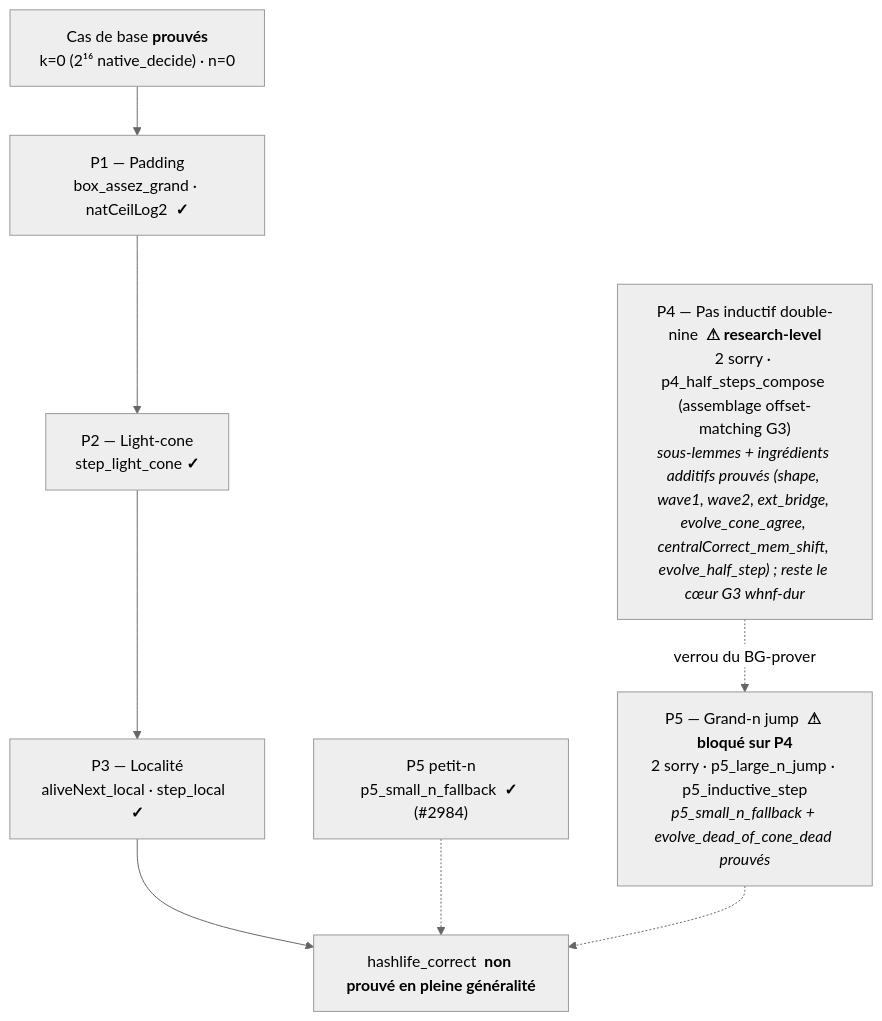
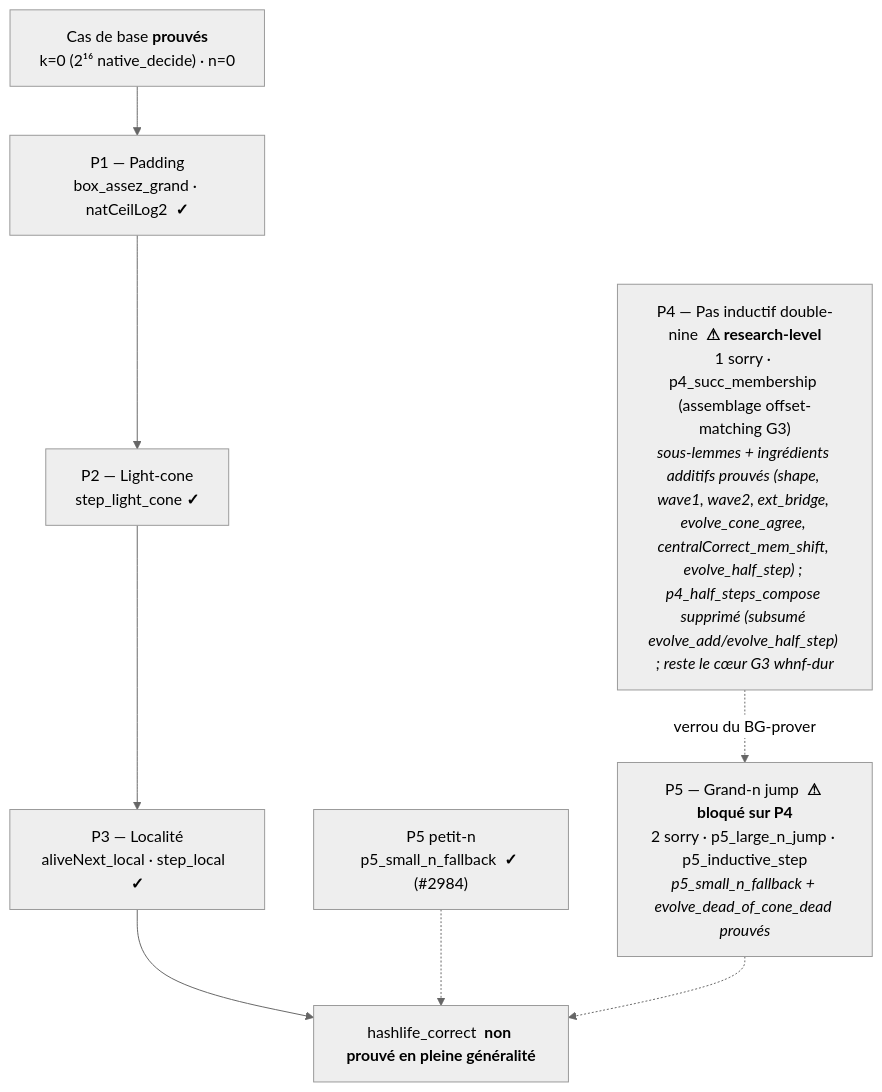
The second of 2 diagrams in MyIA.AI.Notebooks/SymbolicAI/Lean/conway_lean/README.md (jsboige/CoursIA), drawn with Mermaid (neutral theme) before and after one commit. The commit also changed other lines of this file and 3 other files, not shown here.

````diff
--- a/MyIA.AI.Notebooks/SymbolicAI/Lean/conway_lean/README.md
+++ b/MyIA.AI.Notebooks/SymbolicAI/Lean/conway_lean/README.md
@@ -151,15 +153,15 @@
 ```mermaid
 flowchart TD
     BASE["Cas de base  <b>prouvés</b><br/>k=0 (2¹⁶ native_decide) · n=0"]
     P1["P1 — Padding<br/>box_assez_grand · natCeilLog2  <b>✓</b>"]
     P2["P2 — Light-cone<br/>step_light_cone  <b>✓</b>"]
     P3["P3 — Localité<br/>aliveNext_local · step_local  <b>✓</b>"]
     P5S["P5 petit-n<br/>p5_small_n_fallback  <b>✓</b> (#2984)"]
-    P4["P4 — Pas inductif double-nine  <b>⚠ research-level</b><br/>2 sorry · p4_half_steps_compose (assemblage offset-matching G3)<br/><i>sous-lemmes + ingrédients additifs prouvés (shape, wave1, wave2, ext_bridge, evolve_cone_agree, centralCorrect_mem_shift, evolve_half_step) ; reste le cœur G3 whnf-dur</i>"]
+    P4["P4 — Pas inductif double-nine  <b>⚠ research-level</b><br/>1 sorry · p4_succ_membership (assemblage offset-matching G3)<br/><i>sous-lemmes + ingrédients additifs prouvés (shape, wave1, wave2, ext_bridge, evolve_cone_agree, centralCorrect_mem_shift, evolve_half_step) ; p4_half_steps_compose supprimé (subsumé evolve_add/evolve_half_step) ; reste le cœur G3 whnf-dur</i>"]
     P5["P5 — Grand-n jump  <b>⚠ bloqué sur P4</b><br/>2 sorry · p5_large_n_jump · p5_inductive_step<br/><i>p5_small_n_fallback + evolve_dead_of_cone_dead prouvés</i>"]
     GOAL["hashlife_correct  <b>non prouvé en pleine généralité</b>"]
 
     BASE --> P1 --> P2 --> P3 --> GOAL
     P5S -.-> GOAL
     P4 -.->|"verrou du BG-prover"| P5 -.-> GOAL
 ```
````
